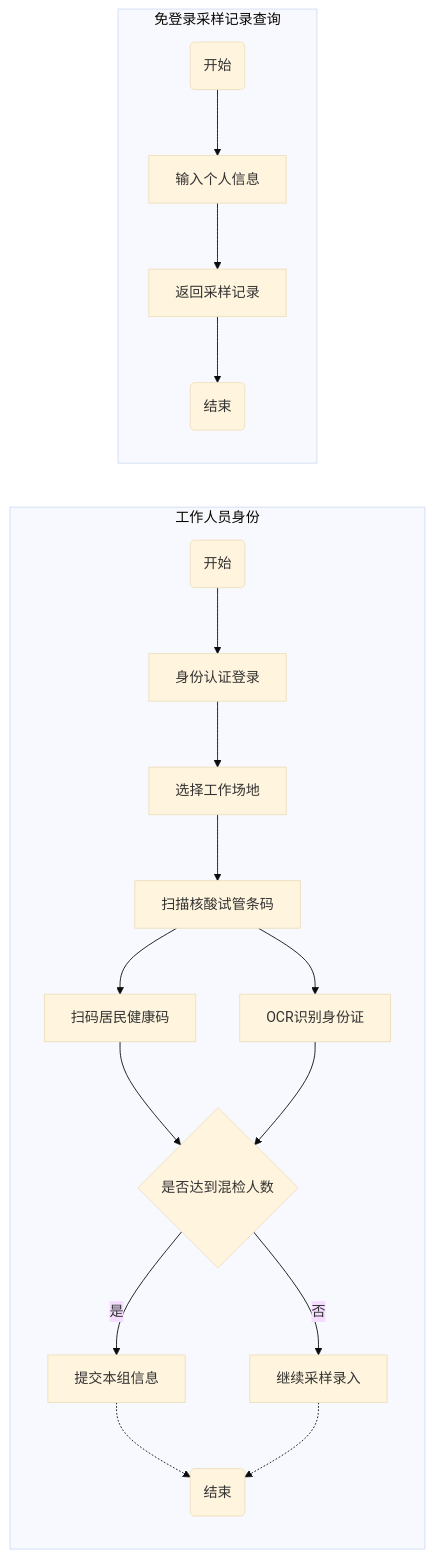
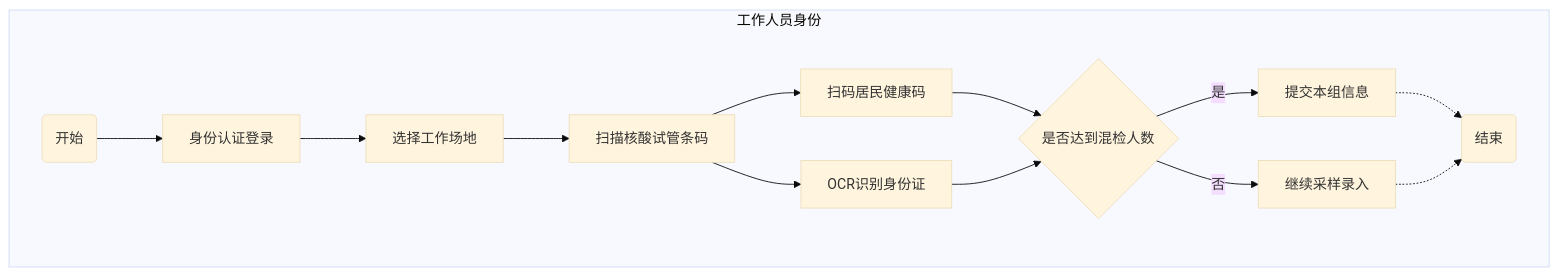
Before and after one commit to Hashmapw/CS_Homework: the first of 3 diagrams in Computational Thinking and Fundamentals/Homework2/README.md, drawn with Mermaid (base theme). The commit also changed other lines of this file, not shown here.

````diff
--- a/Computational Thinking and Fundamentals/Homework2/README.md
+++ b/Computational Thinking and Fundamentals/Homework2/README.md
@@ -22,11 +22,8 @@
 ```mermaid
-flowchart RL
+flowchart
     subgraph 工作人员身份
         A(开始)-->B[身份认证登录]-->C[选择工作场地]-->D[扫描核酸试管条码]-->E[扫码居民健康码]-->G{是否达到混检人数}
         D-->F[OCR识别身份证]-->G--是-->H[提交本组信息]-.->J
         G--否-->I[继续采样录入]-.->J(结束)
     end
-    subgraph 免登录采样记录查询
-        O(开始)-->P[输入个人信息]-->Q[返回采样记录]-->K(结束)
-    end
 ```
````
